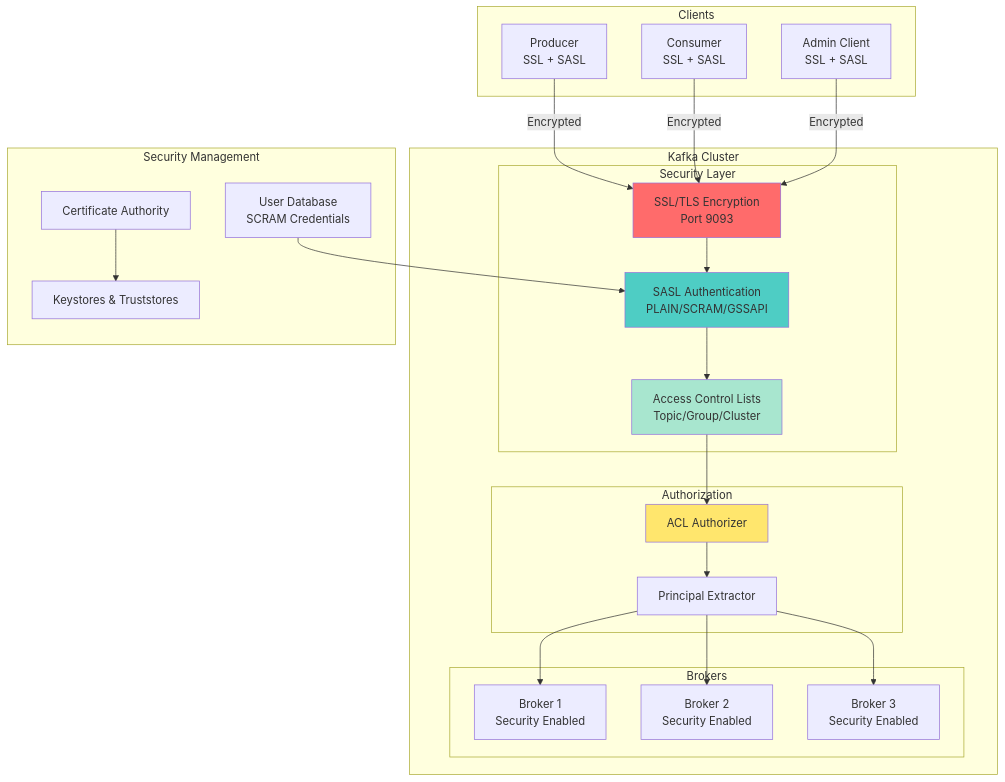
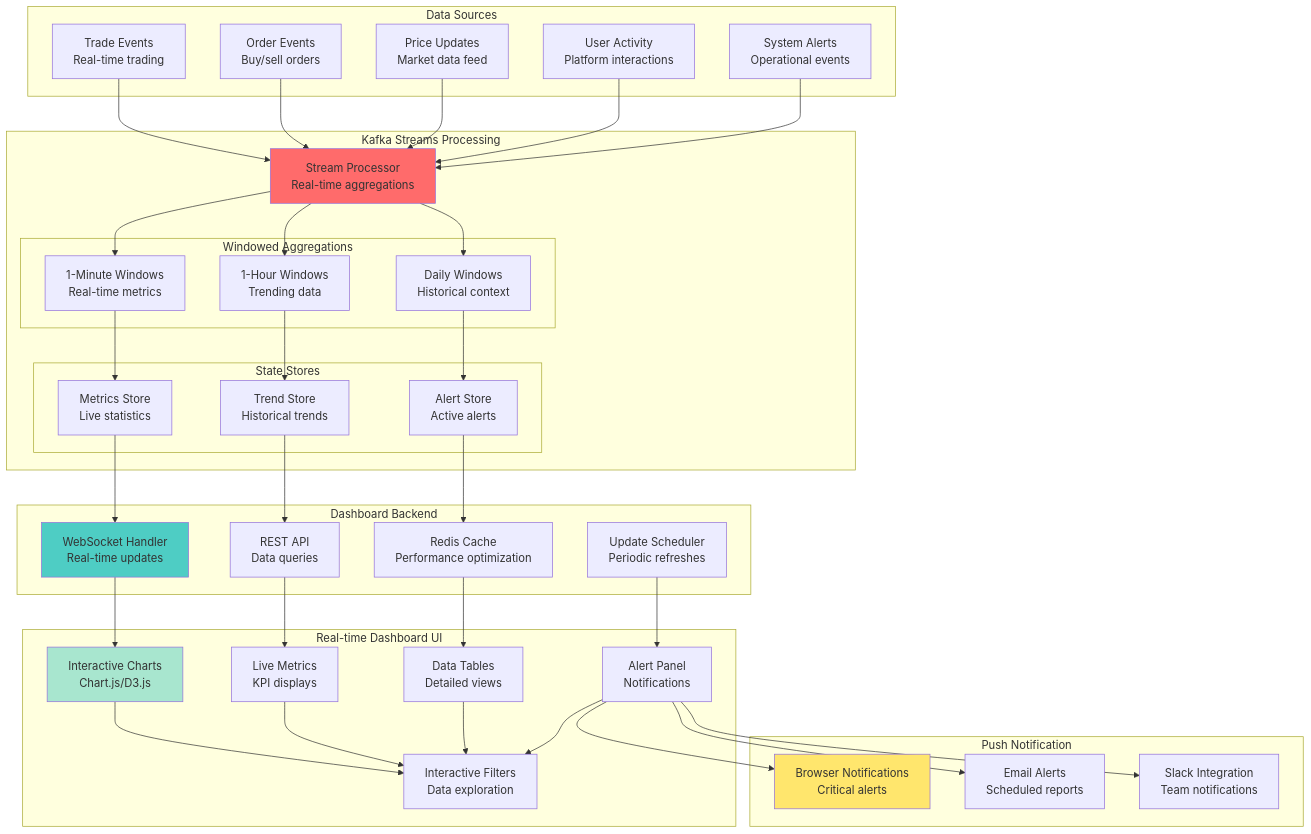
The diagram in class/workshop/lesson_18/README.md (vorrawut/KafkaStarter), drawn with Mermaid before and after one commit. The commit also changed other lines of this file and 204 other files, not shown here.

````diff
--- a/class/workshop/lesson_18/README.md
+++ b/class/workshop/lesson_18/README.md
@@ -24,54 +24,84 @@
 ```mermaid
 graph TB
-    subgraph "Clients"
-        PROD[Producer<br/>SSL + SASL]
-        CONS[Consumer<br/>SSL + SASL]
-        ADMIN[Admin Client<br/>SSL + SASL]
+    subgraph "Data Sources"
+        TRADES[Trade Events<br/>Real-time trading]
+        ORDERS[Order Events<br/>Buy/sell orders]
+        PRICES[Price Updates<br/>Market data feed]
+        USERS[User Activity<br/>Platform interactions]
+        ALERTS[System Alerts<br/>Operational events]
     end
     
-    subgraph "Kafka Cluster"
-        subgraph "Security Layer"
-            SSL[SSL/TLS Encryption<br/>Port 9093]
-            SASL[SASL Authentication<br/>PLAIN/SCRAM/GSSAPI]
-            ACL[Access Control Lists<br/>Topic/Group/Cluster]
+    subgraph "Kafka Streams Processing"
+        PROCESSOR[Stream Processor<br/>Real-time aggregations]
+        
+        subgraph "Windowed Aggregations"
+            MINUTE_AGG[1-Minute Windows<br/>Real-time metrics]
+            HOUR_AGG[1-Hour Windows<br/>Trending data]
+            DAILY_AGG[Daily Windows<br/>Historical context]
         end
         
-        subgraph "Brokers"
-            B1[Broker 1<br/>Security Enabled]
-            B2[Broker 2<br/>Security Enabled]
-            B3[Broker 3<br/>Security Enabled]
-        end
-        
-        subgraph "Authorization"
-            AUTHORIZER[ACL Authorizer]
-            PRINCIPAL[Principal Extractor]
+        subgraph "State Stores"
+            METRICS_STORE[Metrics Store<br/>Live statistics]
+            TREND_STORE[Trend Store<br/>Historical trends]
+            ALERT_STORE[Alert Store<br/>Active alerts]
         end
     end
     
-    subgraph "Security Management"
-        CA[Certificate Authority]
-        KEYSTORE[Keystores & Truststores]
-        USERDB[User Database<br/>SCRAM Credentials]
+    subgraph "Dashboard Backend"
+        WEBSOCKET[WebSocket Handler<br/>Real-time updates]
+        REST_API[REST API<br/>Data queries]
+        CACHE[Redis Cache<br/>Performance optimization]
+        SCHEDULER[Update Scheduler<br/>Periodic refreshes]
     end
     
-    PROD -->|Encrypted| SSL
-    CONS -->|Encrypted| SSL
-    ADMIN -->|Encrypted| SSL
+    subgraph "Real-time Dashboard UI"
+        CHARTS[Interactive Charts<br/>Chart.js/D3.js]
+        METRICS[Live Metrics<br/>KPI displays]
+        TABLES[Data Tables<br/>Detailed views]
+        ALERTS_UI[Alert Panel<br/>Notifications]
+        FILTERS[Interactive Filters<br/>Data exploration]
+    end
     
-    SSL --> SASL
-    SASL --> ACL
-    ACL --> AUTHORIZER
-    AUTHORIZER --> PRINCIPAL
+    subgraph "Push Notification"
+        BROWSER[Browser Notifications<br/>Critical alerts]
+        EMAIL[Email Alerts<br/>Scheduled reports]
+        SLACK[Slack Integration<br/>Team notifications]
+    end
     
-    PRINCIPAL --> B1
-    PRINCIPAL --> B2
-    PRINCIPAL --> B3
+    TRADES --> PROCESSOR
+    ORDERS --> PROCESSOR
+    PRICES --> PROCESSOR
+    USERS --> PROCESSOR
+    ALERTS --> PROCESSOR
     
-    CA --> KEYSTORE
-    USERDB --> SASL
+    PROCESSOR --> MINUTE_AGG
+    PROCESSOR --> HOUR_AGG
+    PROCESSOR --> DAILY_AGG
     
-    style SSL fill:#ff6b6b
-    style SASL fill:#4ecdc4
-    style ACL fill:#a8e6cf
-    style AUTHORIZER fill:#ffe66d
+    MINUTE_AGG --> METRICS_STORE
+    HOUR_AGG --> TREND_STORE
+    DAILY_AGG --> ALERT_STORE
+    
+    METRICS_STORE --> WEBSOCKET
+    TREND_STORE --> REST_API
+    ALERT_STORE --> CACHE
+    
+    WEBSOCKET --> CHARTS
+    REST_API --> METRICS
+    CACHE --> TABLES
+    SCHEDULER --> ALERTS_UI
+    
+    CHARTS --> FILTERS
+    METRICS --> FILTERS
+    TABLES --> FILTERS
+    ALERTS_UI --> FILTERS
+    
+    ALERTS_UI --> BROWSER
+    ALERTS_UI --> EMAIL
+    ALERTS_UI --> SLACK
+    
+    style PROCESSOR fill:#ff6b6b
+    style WEBSOCKET fill:#4ecdc4
+    style CHARTS fill:#a8e6cf
+    style BROWSER fill:#ffe66d
 ```
````
